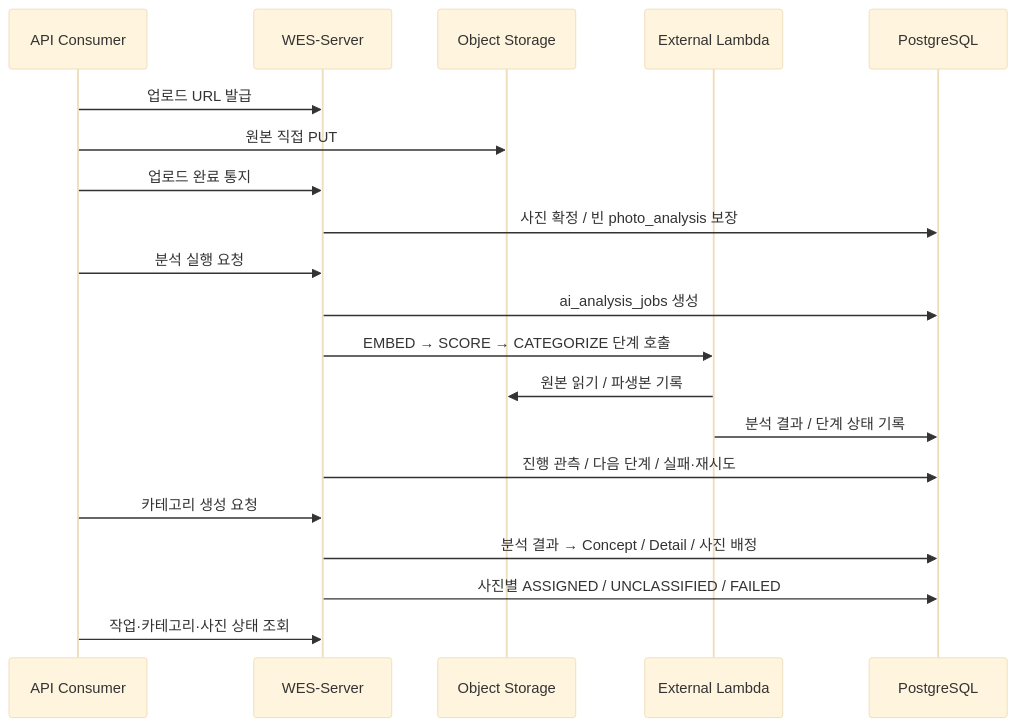
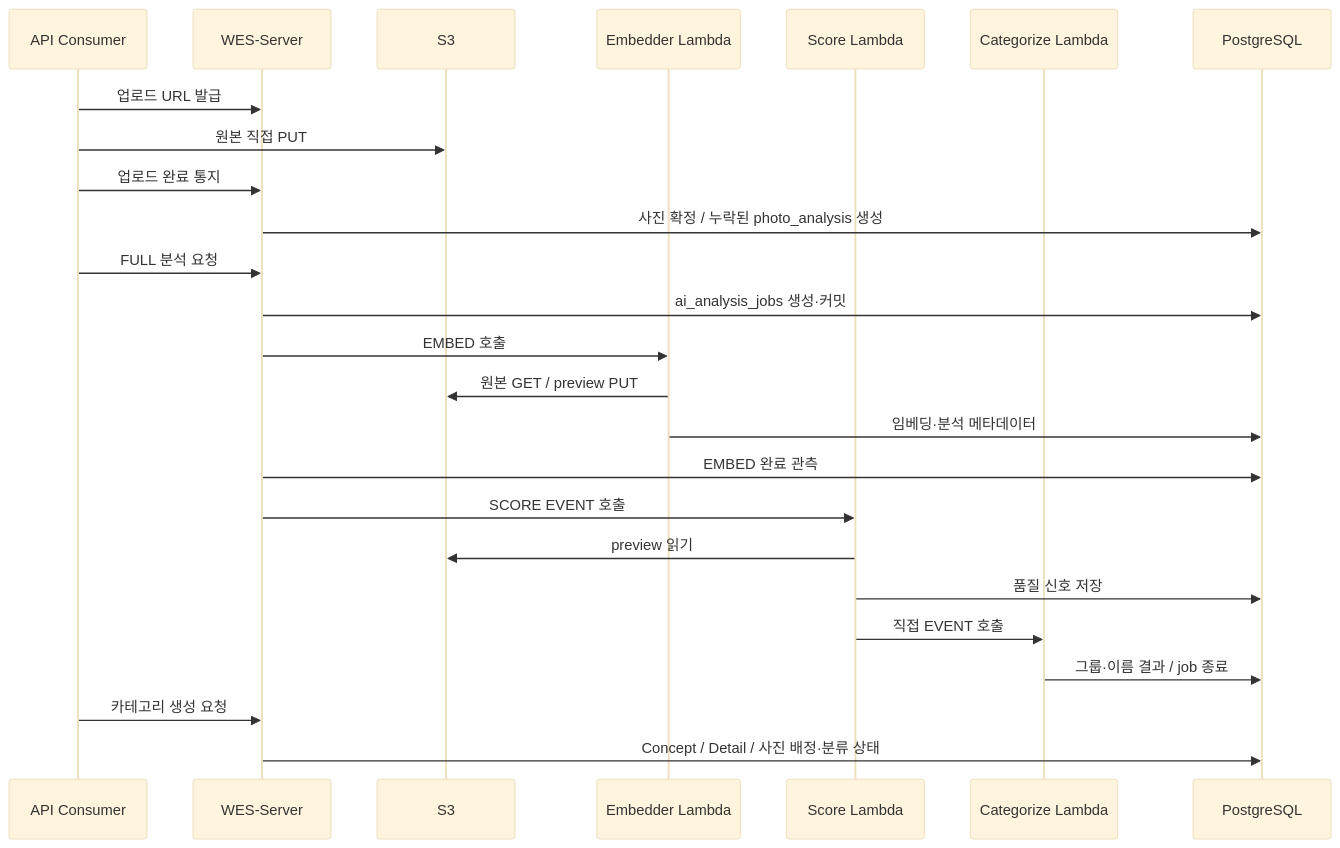
Before and after one commit to organic-agent/WES-DOCS: the diagram in docs/tech/ai-pipeline.md, drawn with Mermaid (base theme). The commit also changed other lines of this file and 25 other files, not shown here.

Commit message:
docs: sync approved architecture and execution contracts

````diff
--- a/docs/tech/ai-pipeline.md
+++ b/docs/tech/ai-pipeline.md
@@ -13,22 +15,27 @@
 ```mermaid
 sequenceDiagram
     participant B as API Consumer
     participant API as WES-Server
-    participant S3 as Object Storage
-    participant W as External Lambda
+    participant S3 as S3
+    participant E as Embedder Lambda
+    participant S as Score Lambda
+    participant C as Categorize Lambda
     participant DB as PostgreSQL
     B->>API: 업로드 URL 발급
     B->>S3: 원본 직접 PUT
     B->>API: 업로드 완료 통지
-    API->>DB: 사진 확정 / 빈 photo_analysis 보장
-    B->>API: 분석 실행 요청
-    API->>DB: ai_analysis_jobs 생성
-    API->>W: EMBED → SCORE → CATEGORIZE 단계 호출
-    W->>S3: 원본 읽기 / 파생본 기록
-    W->>DB: 분석 결과 / 단계 상태 기록
-    API->>DB: 진행 관측 / 다음 단계 / 실패·재시도
+    API->>DB: 사진 확정 / 누락된 photo_analysis 생성
+    B->>API: FULL 분석 요청
+    API->>DB: ai_analysis_jobs 생성·커밋
+    API->>E: EMBED 호출
+    E->>S3: 원본 GET / preview PUT
+    E->>DB: 임베딩·분석 메타데이터
+    API->>DB: EMBED 완료 관측
+    API->>S: SCORE EVENT 호출
+    S->>S3: preview 읽기
+    S->>DB: 품질 신호 저장
+    S->>C: 직접 EVENT 호출
+    C->>DB: 그룹·이름 결과 / job 종료
     B->>API: 카테고리 생성 요청
-    API->>DB: 분석 결과 → Concept / Detail / 사진 배정
-    API->>DB: 사진별 ASSIGNED / UNCLASSIFIED / FAILED
-    B->>API: 작업·카테고리·사진 상태 조회
+    API->>DB: Concept / Detail / 사진 배정·분류 상태
 ```
````
